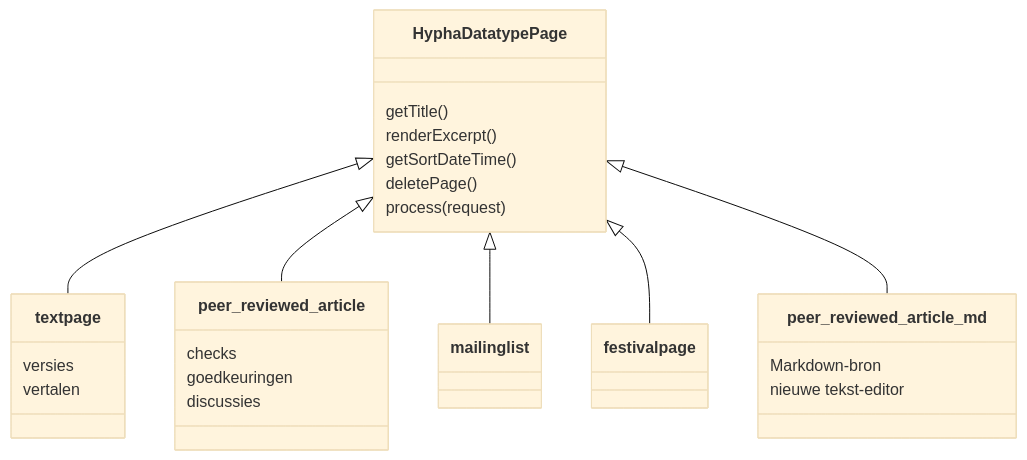
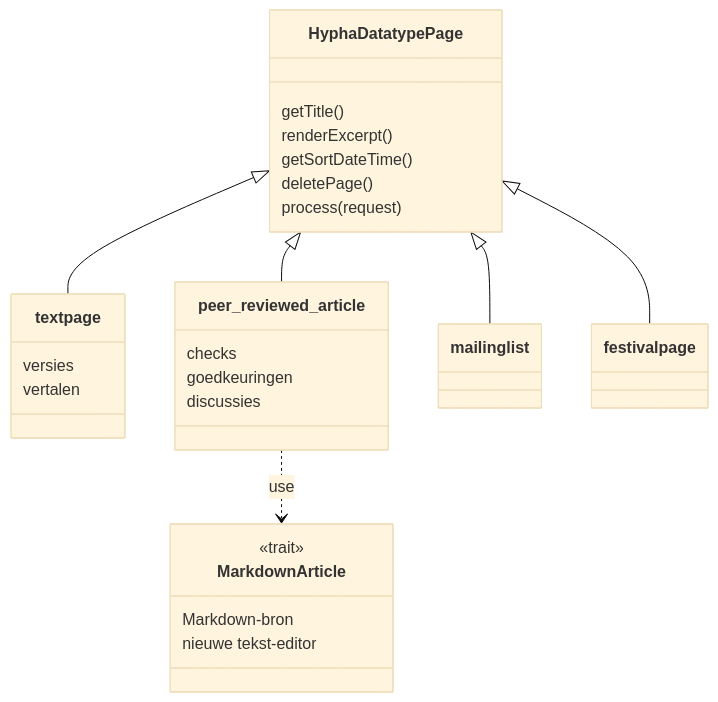
Before and after one commit to guidol-ive/hypha: the third of 8 diagrams in docs/handleiding/techniek/01-architectuur.md, drawn with Mermaid (base theme). The commit also changed other lines of this file and 21 other files, not shown here.

````diff
--- a/docs/handleiding/techniek/01-architectuur.md
+++ b/docs/handleiding/techniek/01-architectuur.md
@@ -80,28 +80,29 @@
 ```mermaid
 classDiagram
     class HyphaDatatypePage {
         getTitle()
         renderExcerpt()
         getSortDateTime()
         deletePage()
         process(request)
     }
     HyphaDatatypePage <|-- textpage
     HyphaDatatypePage <|-- peer_reviewed_article
     HyphaDatatypePage <|-- mailinglist
     HyphaDatatypePage <|-- festivalpage
-    HyphaDatatypePage <|-- peer_reviewed_article_md
     class textpage {
         versies
         vertalen
     }
     class peer_reviewed_article {
         checks
         goedkeuringen
         discussies
     }
-    class peer_reviewed_article_md {
+    class MarkdownArticle {
+        <<trait>>
         Markdown-bron
         nieuwe tekst-editor
     }
+    peer_reviewed_article ..> MarkdownArticle : use
 ```
````
